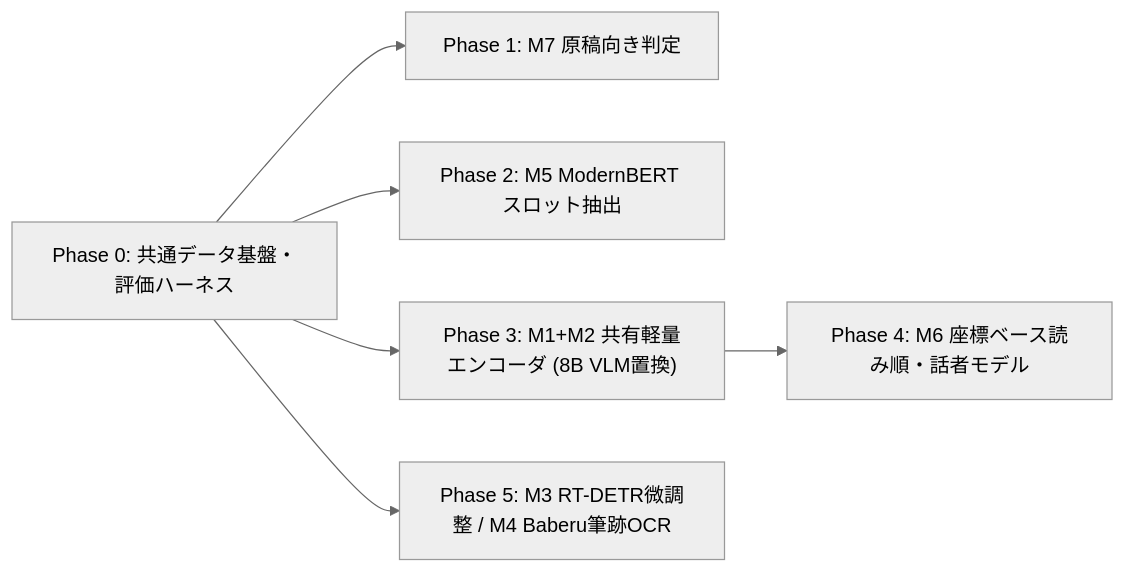
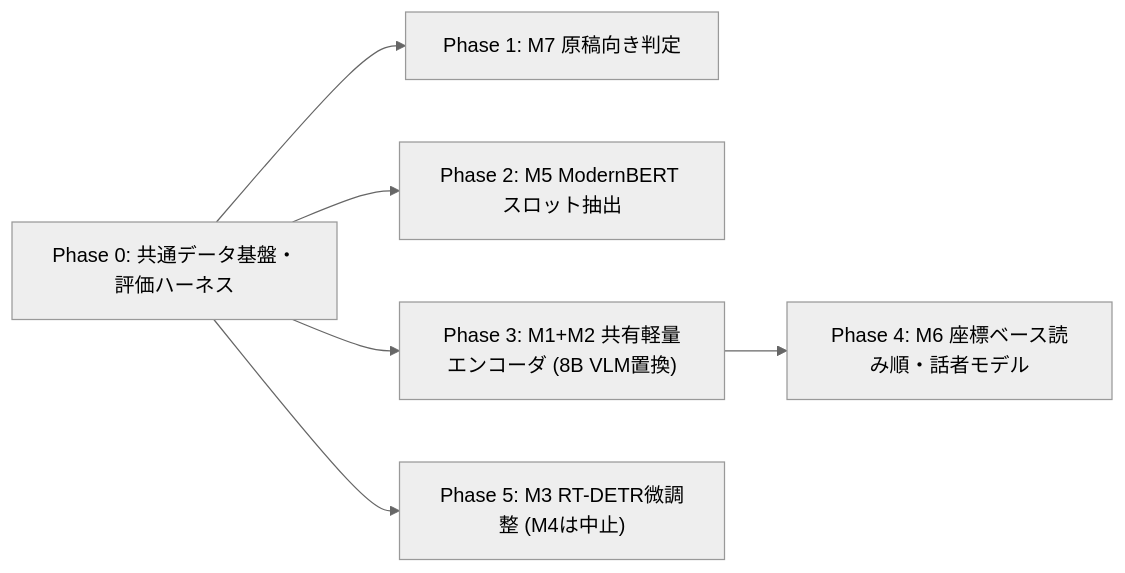
The diagram in docs/2026-11-25-lightweight-modelization-plan.md (yukincom/nyamuru-image-hub), drawn with Mermaid (neutral theme) before and after one commit. The commit also changed other lines of this file and 5 other files, not shown here.

````diff
--- a/docs/2026-11-25-lightweight-modelization-plan.md
+++ b/docs/2026-11-25-lightweight-modelization-plan.md
@@ -186,8 +182,8 @@
 ```mermaid
 flowchart LR
   P0["Phase 0: 共通データ基盤・評価ハーネス"] --> P1["Phase 1: M7 原稿向き判定"]
   P0 --> P2["Phase 2: M5 ModernBERT スロット抽出"]
   P0 --> P3["Phase 3: M1+M2 共有軽量エンコーダ (8B VLM置換)"]
   P3 --> P4["Phase 4: M6 座標ベース読み順・話者モデル"]
-  P0 --> P5["Phase 5: M3 RT-DETR微調整 / M4 Baberu筆跡OCR"]
+  P0 --> P5["Phase 5: M3 RT-DETR微調整 (M4は中止)"]
 ```
````
